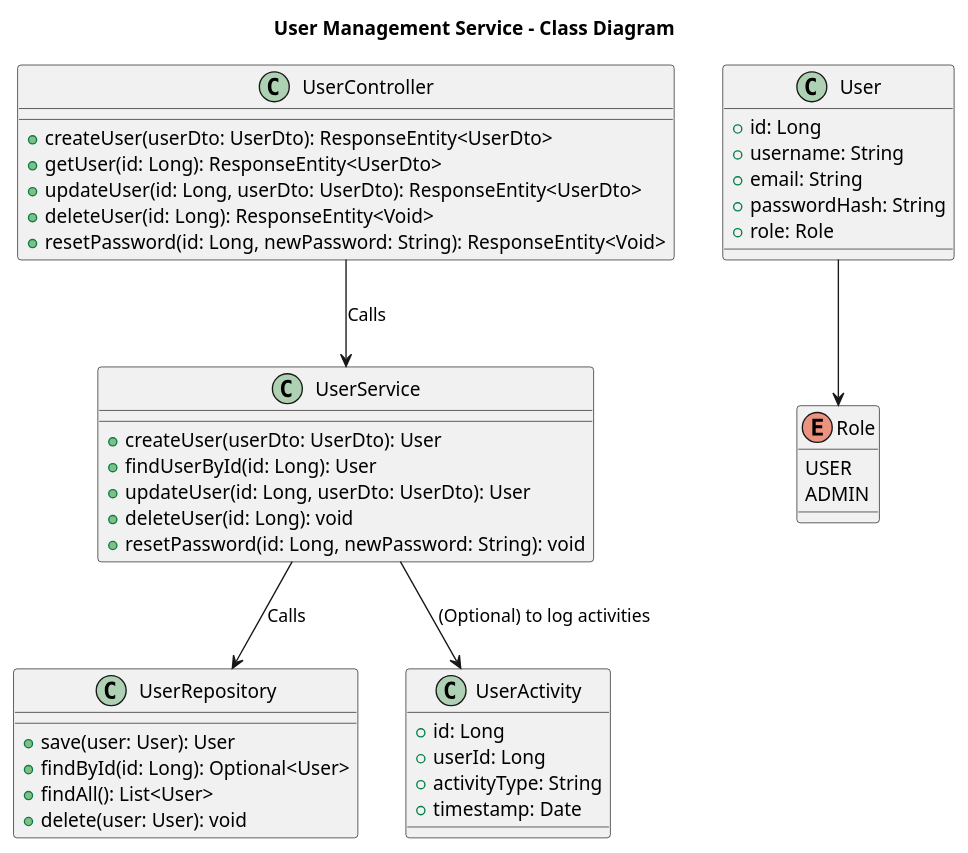
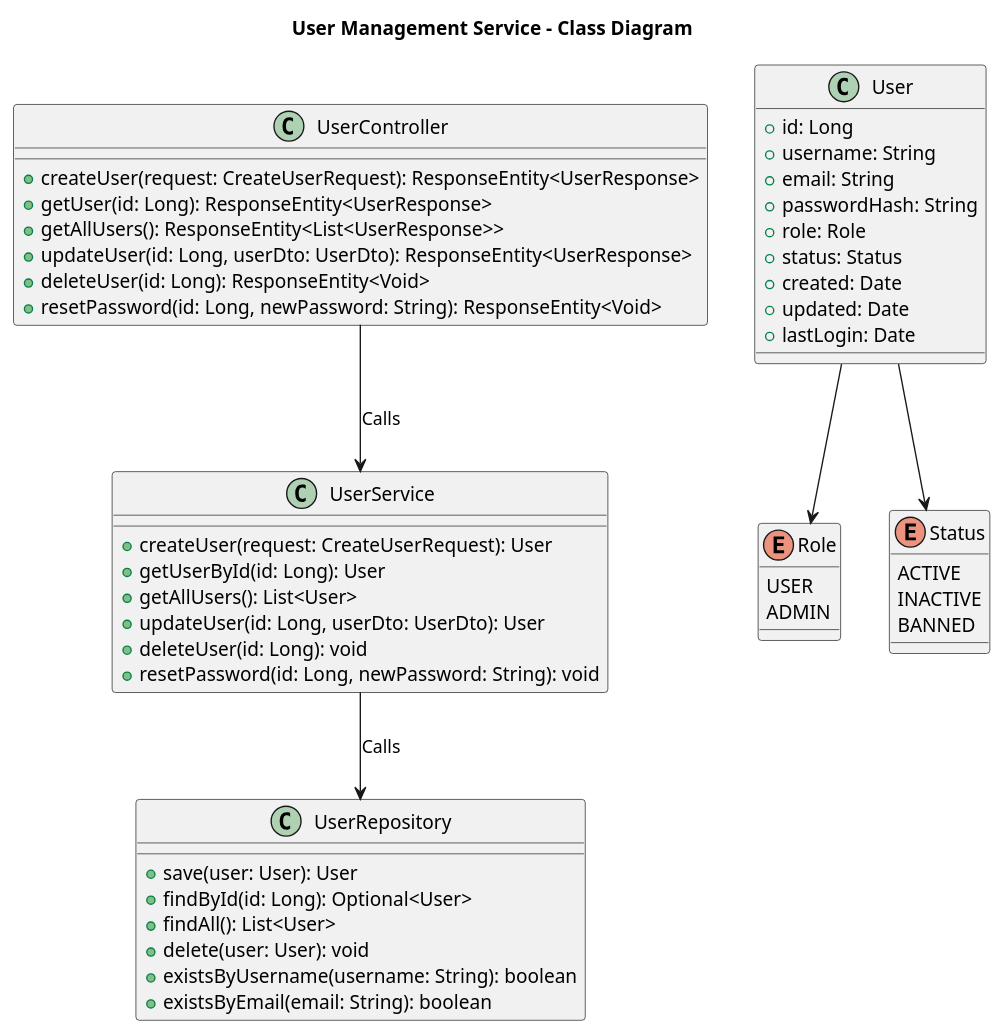
The second of 2 diagrams in README.md (doemefu/user-management-service), drawn with PlantUML before and after one commit. The commit also changed other lines of this file and 17 other files, not shown here.

Commit message:
UserService and UserController done. Including tests and documentation.

````diff
--- a/README.md
+++ b/README.md
@@ -52,54 +62,60 @@
 ```plantuml
 @startuml
 title User Management Service - Class Diagram
 
 class UserController {
-  + createUser(userDto: UserDto): ResponseEntity<UserDto>
-  + getUser(id: Long): ResponseEntity<UserDto>
-  + updateUser(id: Long, userDto: UserDto): ResponseEntity<UserDto>
+  + createUser(request: CreateUserRequest): ResponseEntity<UserResponse>
+  + getUser(id: Long): ResponseEntity<UserResponse>
+  + getAllUsers(): ResponseEntity<List<UserResponse>>
+  + updateUser(id: Long, userDto: UserDto): ResponseEntity<UserResponse>
   + deleteUser(id: Long): ResponseEntity<Void>
   + resetPassword(id: Long, newPassword: String): ResponseEntity<Void>
 }
 
 class UserService {
-  + createUser(userDto: UserDto): User
-  + findUserById(id: Long): User
+  + createUser(request: CreateUserRequest): User
+  + getUserById(id: Long): User
+  + getAllUsers(): List<User>
   + updateUser(id: Long, userDto: UserDto): User
   + deleteUser(id: Long): void
   + resetPassword(id: Long, newPassword: String): void
 }
 
 class UserRepository {
   + save(user: User): User
   + findById(id: Long): Optional<User>
   + findAll(): List<User>
   + delete(user: User): void
+  + existsByUsername(username: String): boolean
+  + existsByEmail(email: String): boolean
 }
 
 class User {
   + id: Long
   + username: String
   + email: String
   + passwordHash: String
   + role: Role
+  + status: Status
+  + created: Date
+  + updated: Date
+  + lastLogin: Date
 }
 
 enum Role {
   USER
   ADMIN
 }
 
-class UserActivity {
-  + id: Long
-  + userId: Long
-  + activityType: String
-  + timestamp: Date
+enum Status {
+  ACTIVE
+  INACTIVE
+  BANNED
 }
 
 UserController --> UserService : Calls
 UserService --> UserRepository : Calls
-
 User --> Role
-UserService --> UserActivity : (Optional) to log activities
+User --> Status
 @enduml
 ```
````
